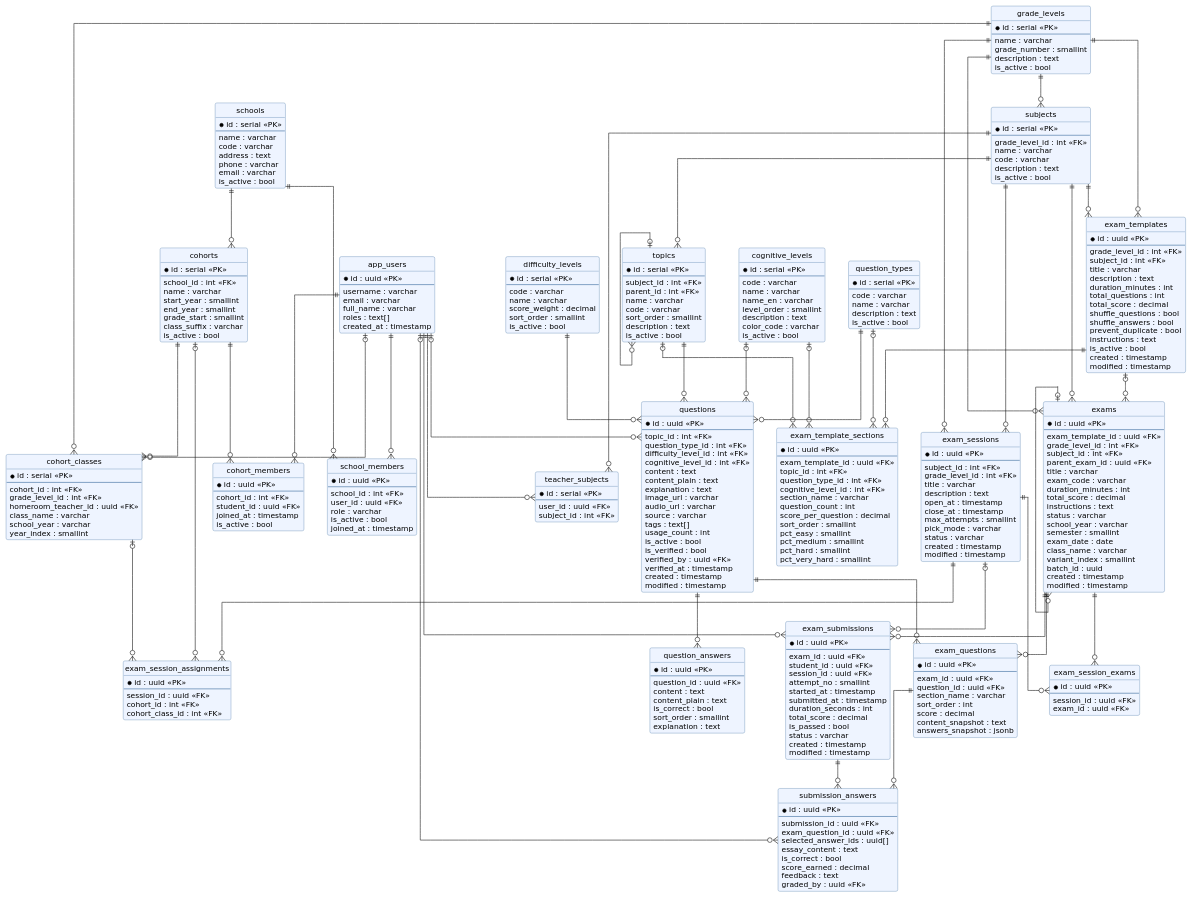
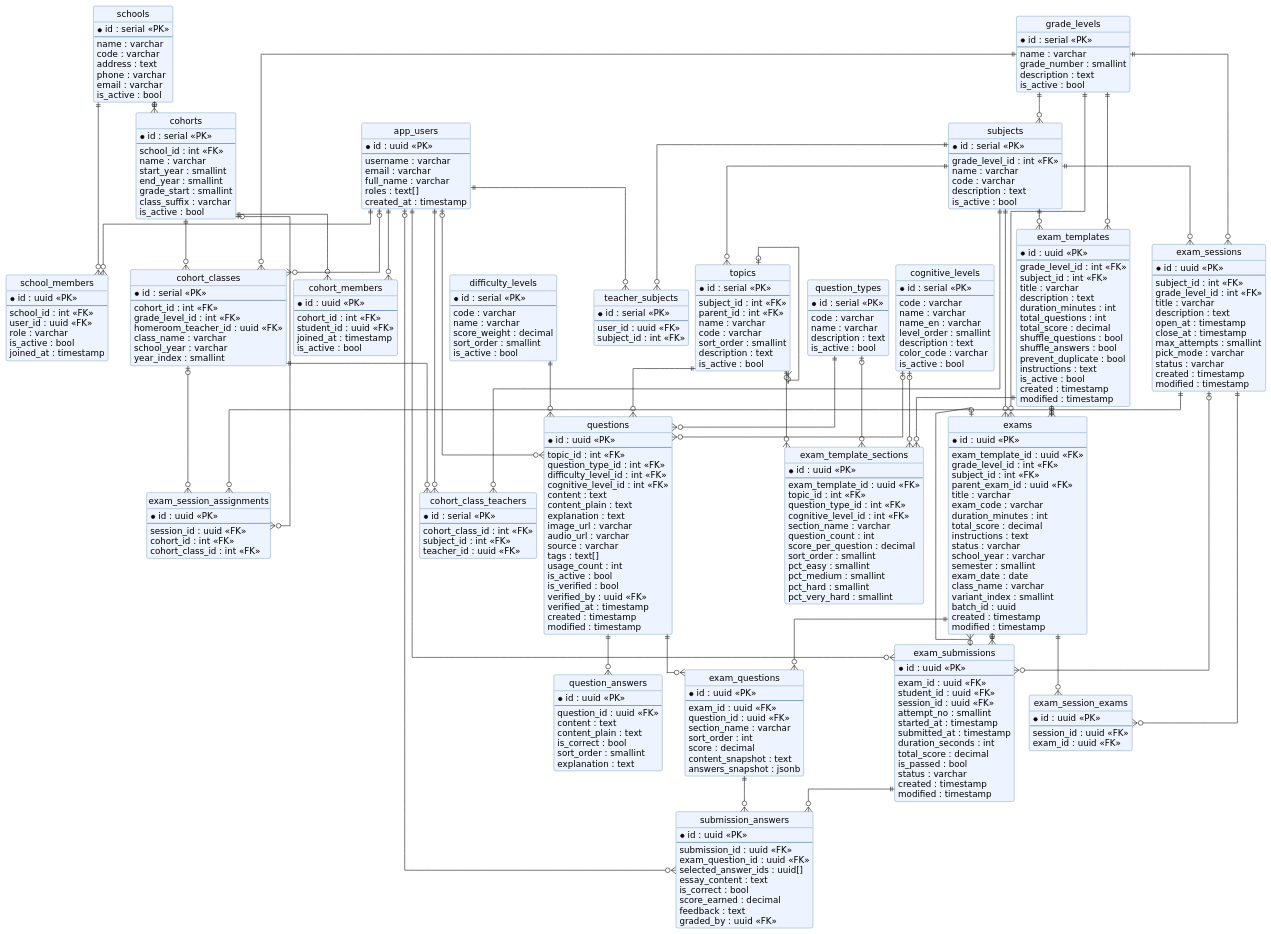
Before and after one commit to trantrungno3/ExamHub: the diagram in uml/diagrams/erd.puml, drawn with PlantUML. The commit also changed 5 other files, not shown here.

Commit message:
docs(uml): update class diagram & ERD sources + rendered png/svg

```diff
--- a/uml/diagrams/erd.puml
+++ b/uml/diagrams/erd.puml
@@ -1,8 +1,8 @@
 @startuml
 skinparam defaultFontName DejaVu Sans
-skinparam defaultFontSize 13
-skinparam Nodesep 40
-skinparam Ranksep 50
+skinparam defaultFontSize 15
+skinparam Nodesep 12
+skinparam Ranksep 18
 skinparam roundcorner 6
 skinparam shadowing false
 skinparam linetype ortho
@@ -123,6 +123,14 @@
     --
     user_id : uuid <<FK>>
     subject_id : int <<FK>>
+}
+
+entity "cohort_class_teachers" as cohort_class_teachers {
+    * id : serial <<PK>>
+    --
+    cohort_class_id : int <<FK>>
+    subject_id : int <<FK>>
+    teacher_id : uuid <<FK>>
 }
 
 ' ═══════════════════════════════════════════════════════════
@@ -359,6 +367,10 @@
 app_users ||--o{ teacher_subjects   /' 1 giáo viên phụ trách nhiều môn '/
 subjects ||--o{ teacher_subjects    /' 1 môn được nhiều giáo viên dạy (bảng nối N–N) '/
 
+cohort_classes ||--o{ cohort_class_teachers /' 1 lớp có nhiều bản ghi phân công GV bộ môn '/
+subjects ||--o{ cohort_class_teachers        /' Phân công theo môn (UNIQUE lớp+môn = 1 GV) '/
+app_users ||--o{ cohort_class_teachers       /' 1 giáo viên giảng dạy nhiều lớp '/
+
 ' ═══════════════════════════════════════════════════════════
 ' QUAN HỆ — Ngân hàng câu hỏi
 ' ═══════════════════════════════════════════════════════════
```
